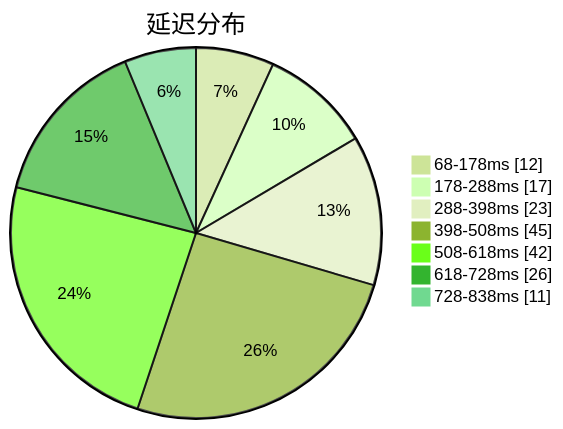
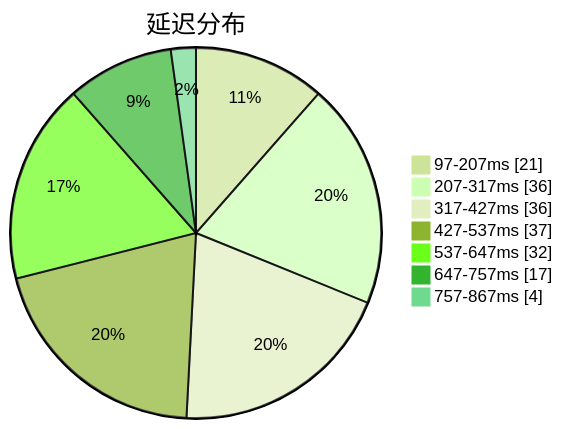
The first of 3 diagrams in subs/statistics/tested_within.md (sinspired/airport), drawn with Mermaid (forest theme) before and after one commit. The commit also changed other lines of this file and 2 other files, not shown here.

````diff
--- a/subs/statistics/tested_within.md
+++ b/subs/statistics/tested_within.md
@@ -2,11 +2,11 @@
 ```mermaid
 pie showData
 title 延迟分布
-"68-178ms" : 12
-"178-288ms" : 17
-"288-398ms" : 23
-"398-508ms" : 45
-"508-618ms" : 42
-"618-728ms" : 26
-"728-838ms" : 11
+"97-207ms" : 21
+"207-317ms" : 36
+"317-427ms" : 36
+"427-537ms" : 37
+"537-647ms" : 32
+"647-757ms" : 17
+"757-867ms" : 4
 ```
````
